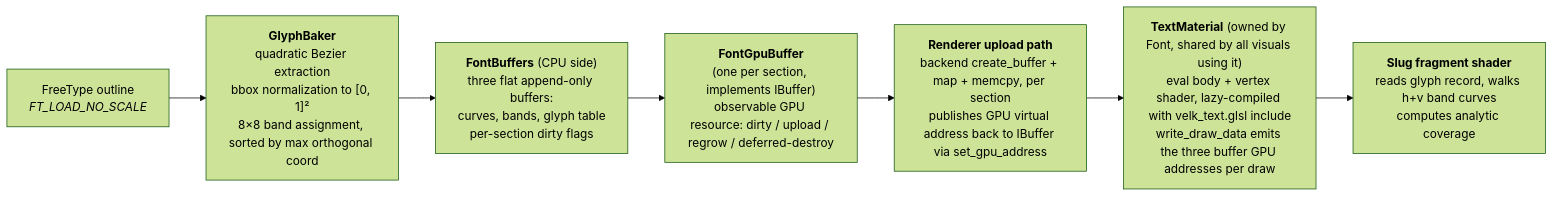
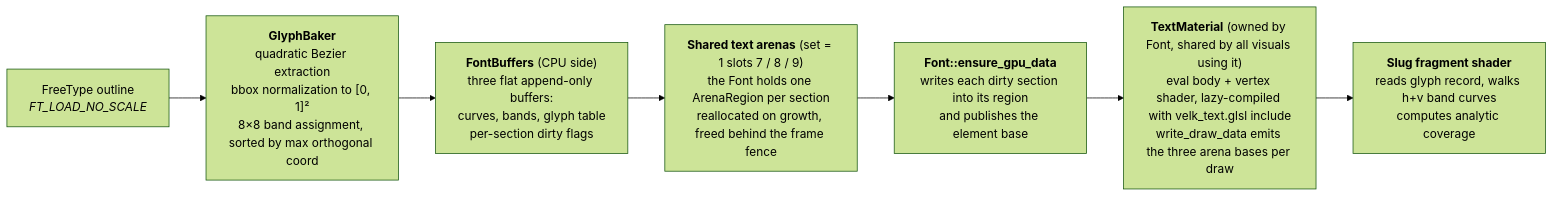
The diagram in docs/plugins/text.md (ljaaskela/velk-platform), drawn with Mermaid (forest theme) before and after one commit. The commit also changed other lines of this file and 14 other files, not shown here.

````diff
--- a/docs/plugins/text.md
+++ b/docs/plugins/text.md
@@ -105,12 +105,12 @@
 ```mermaid
 flowchart LR
     A["FreeType outline<br/><i>FT_LOAD_NO_SCALE</i>"]
     B["<b>GlyphBaker</b><br/>quadratic Bezier extraction<br>bbox normalization to [0, 1]²<br>8×8 band assignment, sorted by max orthogonal coord"]
     C["<b>FontBuffers</b> (CPU side)<br/>three flat append-only buffers:<br>curves, bands, glyph table<br>per-section dirty flags"]
-    D["<b>FontGpuBuffer</b><br>(one per section, implements IBuffer)<br/>observable GPU resource: dirty / upload / regrow / deferred-destroy"]
-    E["<b>Renderer upload path</b><br/>backend create_buffer + map + memcpy, per section<br/>publishes GPU virtual address back to IBuffer via set_gpu_address"]
-    F["<b>TextMaterial</b> (owned by Font, shared by all visuals using it)<br/>eval body + vertex shader, lazy-compiled with velk_text.glsl include<br/>write_draw_data emits the three buffer GPU addresses per draw"]
+    D["<b>Shared text arenas</b> (set = 1 slots 7 / 8 / 9)<br/>the Font holds one ArenaRegion per section<br/>reallocated on growth, freed behind the frame fence"]
+    E["<b>Font::ensure_gpu_data</b><br/>writes each dirty section into its region<br/>and publishes the element base"]
+    F["<b>TextMaterial</b> (owned by Font, shared by all visuals using it)<br/>eval body + vertex shader, lazy-compiled with velk_text.glsl include<br/>write_draw_data emits the three arena bases per draw"]
     G["<b>Slug fragment shader</b><br/>reads glyph record, walks h+v band curves<br/>computes analytic coverage"]
 
     A --> B --> C --> D --> E --> F --> G
 ```
````
